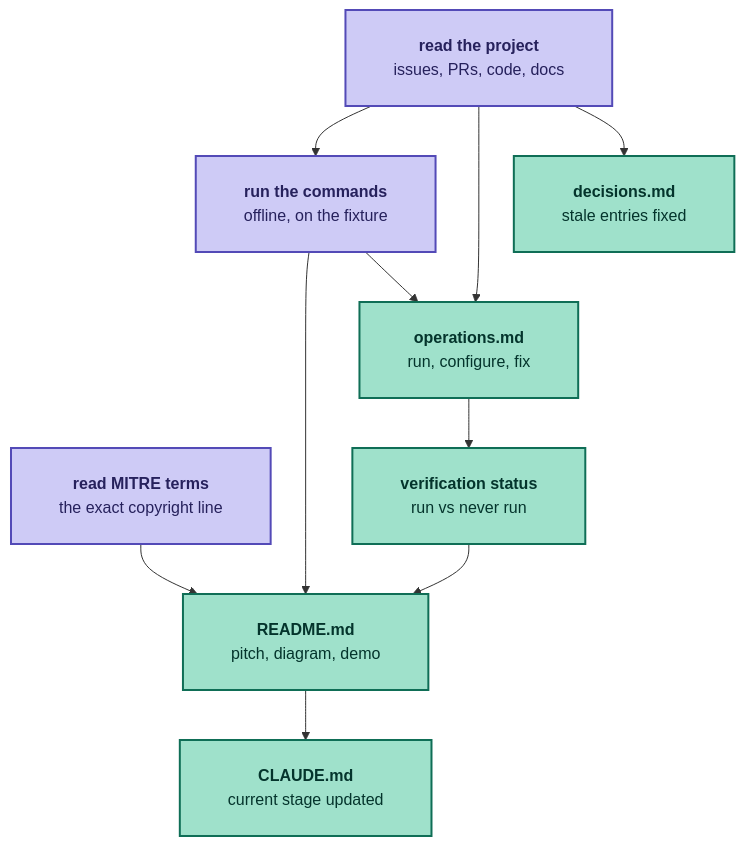
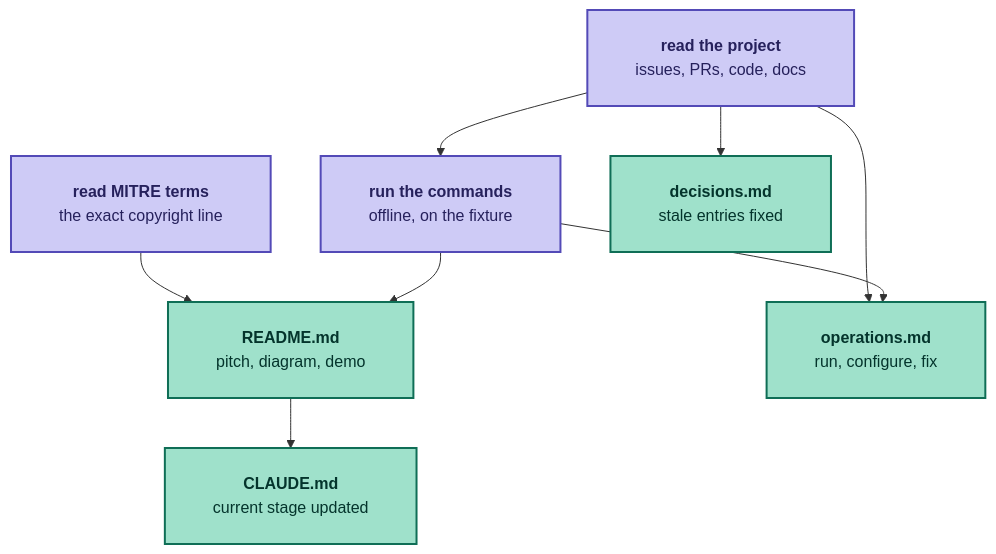
Before and after one commit to jbb-codes/attack-graph-rag: the diagram in docs/learning/issue-13-documentation.md, drawn with Mermaid. The commit also changed other lines of this file, not shown here.

Commit message:
docs(learning): drop verification status from the issue 13 graph
- remove the box and its bullet; the status tables live in the README and operations guide

Closes #13

````diff
--- a/docs/learning/issue-13-documentation.md
+++ b/docs/learning/issue-13-documentation.md
@@ -16,30 +16,27 @@
 ```mermaid
 ---
 config:
   flowchart:
     padding: 24
     wrappingWidth: 300
 ---
 flowchart TD
   READ["`**read the project**
   issues, PRs, code, docs`"] --> RUN["`**run the commands**
   offline, on the fixture`"]
   MITRE["`**read MITRE terms**
   the exact copyright line`"] --> README["`**README.md**
   pitch, diagram, demo`"]
   RUN --> README
   READ --> OPS["`**operations.md**
   run, configure, fix`"]
   RUN --> OPS
   READ --> DEC["`**decisions.md**
   stale entries fixed`"]
   README --> STAT["`**CLAUDE.md**
   current stage updated`"]
-  OPS --> VER["`**verification status**
-  run vs never run`"]
-  VER --> README
   classDef made fill:#9FE1CB,stroke:#0F6E56,stroke-width:2px,color:#04342C
   classDef source fill:#CECBF6,stroke:#534AB7,stroke-width:2px,color:#26215C
-  class README,OPS,DEC,STAT,VER made
+  class README,OPS,DEC,STAT made
   class READ,RUN,MITRE source
 ```
````
